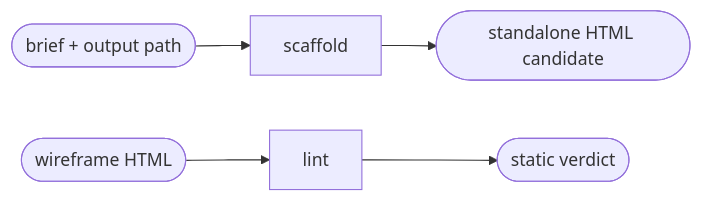
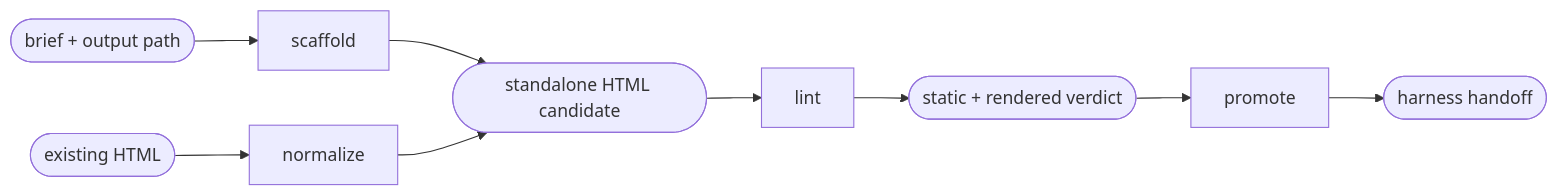
Before and after one commit to RebelliousSmile/aidd-claude-custom: the diagram in plugins/design/skills/wireframes/SKILL.md, drawn with Mermaid. The commit also changed other lines of this file and 18 other files, not shown here.

Commit message:
feat(design): normalize and promote wireframes

````diff
--- a/plugins/design/skills/wireframes/SKILL.md
+++ b/plugins/design/skills/wireframes/SKILL.md
@@ -19,5 +19,7 @@
 ```mermaid
 flowchart LR
   brief([brief + output path]) --> scaffold --> candidate([standalone HTML candidate])
-  html([wireframe HTML]) --> lint --> verdict([static verdict])
+  source([existing HTML]) --> normalize --> candidate
+  candidate --> lint --> verdict([static + rendered verdict])
+  verdict --> promote --> harness([harness handoff])
 ```
````
